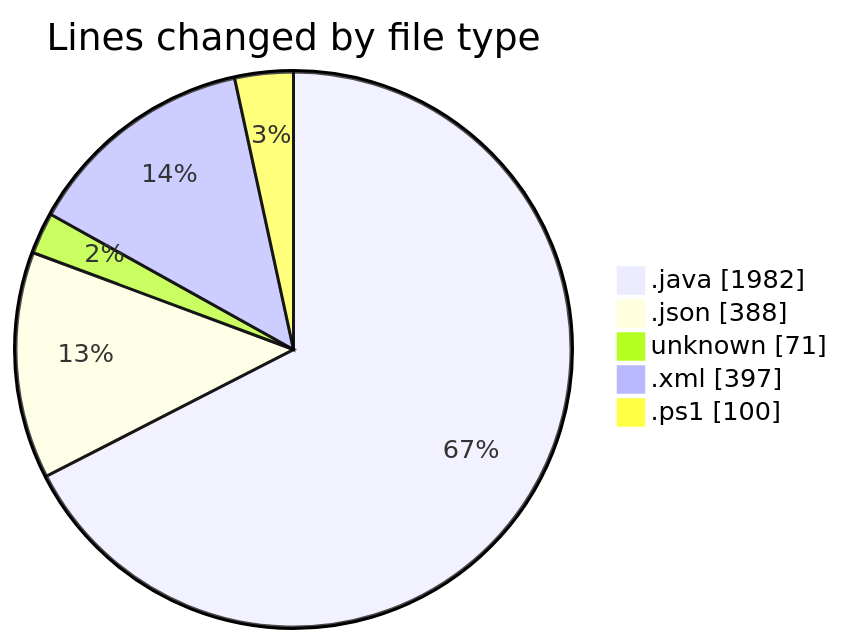
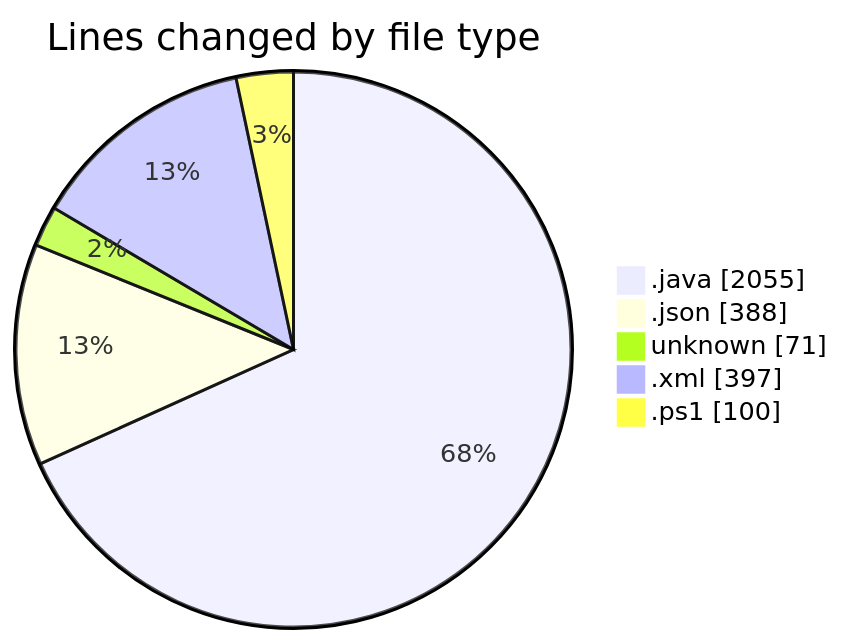
The first of 2 diagrams in 2025-02-25/micros/README.md (charlie-sans/code-tracking), drawn with Mermaid before and after one commit. The commit also changed other lines of this file and 1 other file, not shown here.

````diff
--- a/2025-02-25/micros/README.md
+++ b/2025-02-25/micros/README.md
@@ -29,9 +29,9 @@
 ```mermaid
 pie showData
 title Lines changed by file type
-".java" : 1982
+".java" : 2055
 ".json" : 388
 "unknown" : 71
 ".xml" : 397
 ".ps1" : 100
 ```
````
